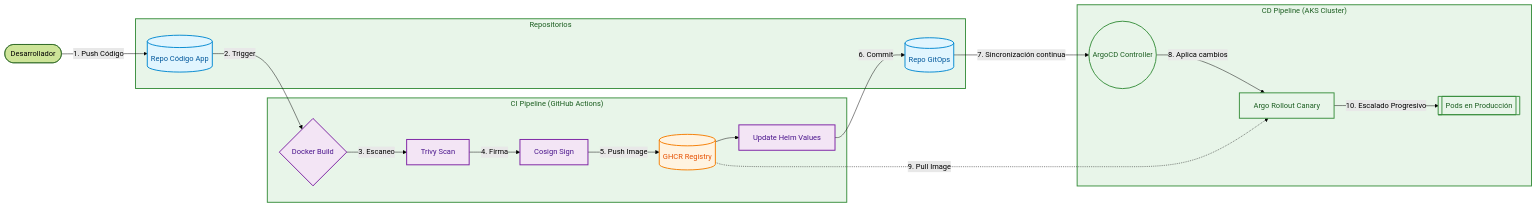
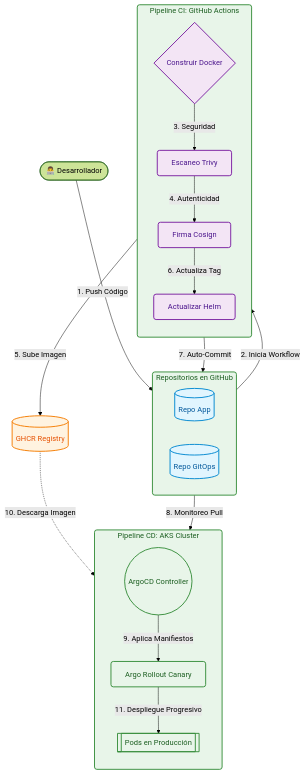
Before and after one commit to AndresCalvo98/Pr-cticas-SA-B-201712620: the diagram in P8/README.md, drawn with Mermaid (forest theme). The commit also changed other lines of this file, not shown here.

````diff
--- a/P8/README.md
+++ b/P8/README.md
@@ -34,43 +55,47 @@
 ```mermaid
-flowchart LR
-    %% Clases de estilo para un look más "pro"
-    classDef gitops fill:#e1f5fe,stroke:#0288d1,stroke-width:2px,color:#01579b
-    classDef ci fill:#f3e5f5,stroke:#7b1fa2,stroke-width:2px,color:#4a148c
-    classDef cluster fill:#e8f5e9,stroke:#388e3c,stroke-width:2px,color:#1b5e20
-    classDef ext fill:#fff3e0,stroke:#f57c00,stroke-width:2px,color:#e65100
+flowchart TD
+    %% Estilos visuales
+    classDef gitops fill:#e1f5fe,stroke:#0288d1,stroke-width:2px,color:#01579b,rx:5px,ry:5px
+    classDef ci fill:#f3e5f5,stroke:#7b1fa2,stroke-width:2px,color:#4a148c,rx:5px,ry:5px
+    classDef cluster fill:#e8f5e9,stroke:#388e3c,stroke-width:2px,color:#1b5e20,rx:5px,ry:5px
+    classDef registry fill:#fff3e0,stroke:#f57c00,stroke-width:2px,color:#e65100,rx:5px,ry:5px
 
-    Dev([Desarrollador])
+    Dev([👨‍💻 Desarrollador])
     
-    subgraph Repositorios
-        AppRepo[(Repo Código App)]:::gitops
+    subgraph Repos [Repositorios en GitHub]
+        direction LR
+        AppRepo[(Repo App)]:::gitops
         ConfigRepo[(Repo GitOps)]:::gitops
     end
     
-    subgraph "CI Pipeline (GitHub Actions)"
-        Build{Docker Build}:::ci
-        Trivy[Trivy Scan]:::ci
-        Cosign[Cosign Sign]:::ci
-        PushGHCR[(GHCR Registry)]:::ext
-        HelmUpdate[Update Helm Values]:::ci
+    subgraph CI [Pipeline CI: GitHub Actions]
+        direction TB
+        Build{Construir Docker}:::ci
+        Trivy[Escaneo Trivy]:::ci
+        Cosign[Firma Cosign]:::ci
+        HelmUpdate[Actualizar Helm]:::ci
     end
     
-    subgraph "CD Pipeline (AKS Cluster)"
+    GHCR[(GHCR Registry)]:::registry
+
+    subgraph CD [Pipeline CD: AKS Cluster]
+        direction TB
         ArgoCD((ArgoCD Controller)):::cluster
         Rollout[Argo Rollout Canary]:::cluster
         Pods[[Pods en Producción]]:::cluster
     end
 
-    %% Relaciones
+    %% Relaciones y Flujo
     Dev -->|1. Push Código| AppRepo
-    AppRepo -->|2. Trigger| Build
-    Build -->|3. Escaneo| Trivy
-    Trivy -->|4. Firma| Cosign
-    Cosign -->|5. Push Image| PushGHCR
-    PushGHCR --> HelmUpdate
-    HelmUpdate -->|6. Commit| ConfigRepo
+    AppRepo -->|2. Inicia Workflow| Build
+    Build -->|3. Seguridad| Trivy
+    Trivy -->|4. Autenticidad| Cosign
+    Cosign -->|5. Sube Imagen| GHCR
+    Cosign -->|6. Actualiza Tag| HelmUpdate
+    HelmUpdate -->|7. Auto-Commit| ConfigRepo
     
-    ConfigRepo -->|7. Sincronización continua| ArgoCD
-    ArgoCD -->|8. Aplica cambios| Rollout
-    PushGHCR -.->|9. Pull Image| Rollout
-    Rollout -->|10. Escalado Progresivo| Pods
+    ConfigRepo -->|8. Monitoreo Pull| ArgoCD
+    ArgoCD -->|9. Aplica Manifiestos| Rollout
+    GHCR -.->|10. Descarga Imagen| Rollout
+    Rollout -->|11. Despliegue Progresivo| Pods
 ```
````
